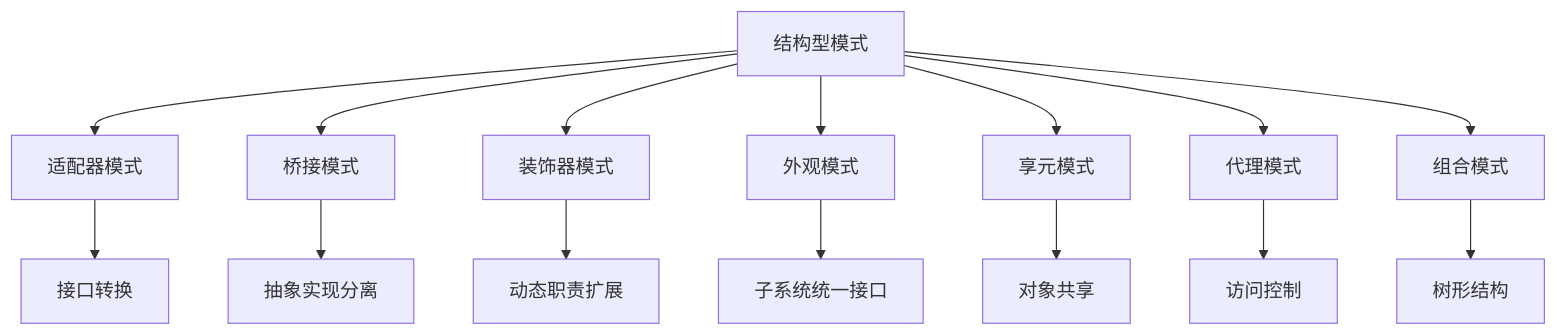
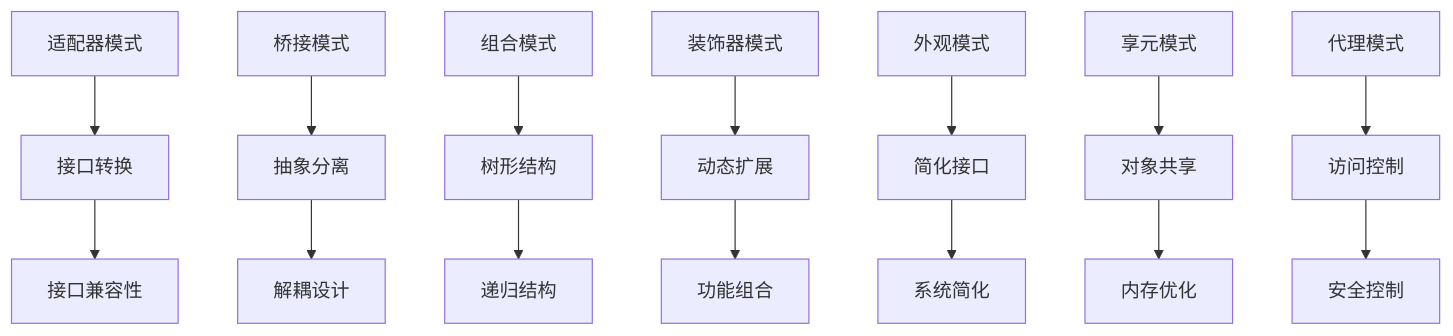
Before and after one commit to AdaMartin18010/common: the diagram in docs/refactor/03-Design-Patterns/02-Structural-Patterns/README.md, drawn with Mermaid. The commit also changed other lines of this file and 7 other files, not shown here.

````diff
--- a/docs/refactor/03-Design-Patterns/02-Structural-Patterns/README.md
+++ b/docs/refactor/03-Design-Patterns/02-Structural-Patterns/README.md
@@ -572,18 +153,18 @@
 ```mermaid
 graph TD
-    A[结构型模式] --> B[适配器模式]
-    A --> C[桥接模式]
-    A --> D[装饰器模式]
-    A --> E[外观模式]
-    A --> F[享元模式]
-    A --> G[代理模式]
-    A --> H[组合模式]
+    A[适配器模式] --> B[接口转换]
+    C[桥接模式] --> D[抽象分离]
+    E[组合模式] --> F[树形结构]
+    G[装饰器模式] --> H[动态扩展]
+    I[外观模式] --> J[简化接口]
+    K[享元模式] --> L[对象共享]
+    M[代理模式] --> N[访问控制]
     
-    B --> I[接口转换]
-    C --> J[抽象实现分离]
-    D --> K[动态职责扩展]
-    E --> L[子系统统一接口]
-    F --> M[对象共享]
-    G --> N[访问控制]
-    H --> O[树形结构]
+    B --> O[接口兼容性]
+    D --> P[解耦设计]
+    F --> Q[递归结构]
+    H --> R[功能组合]
+    J --> S[系统简化]
+    L --> T[内存优化]
+    N --> U[安全控制]
 ```
````
